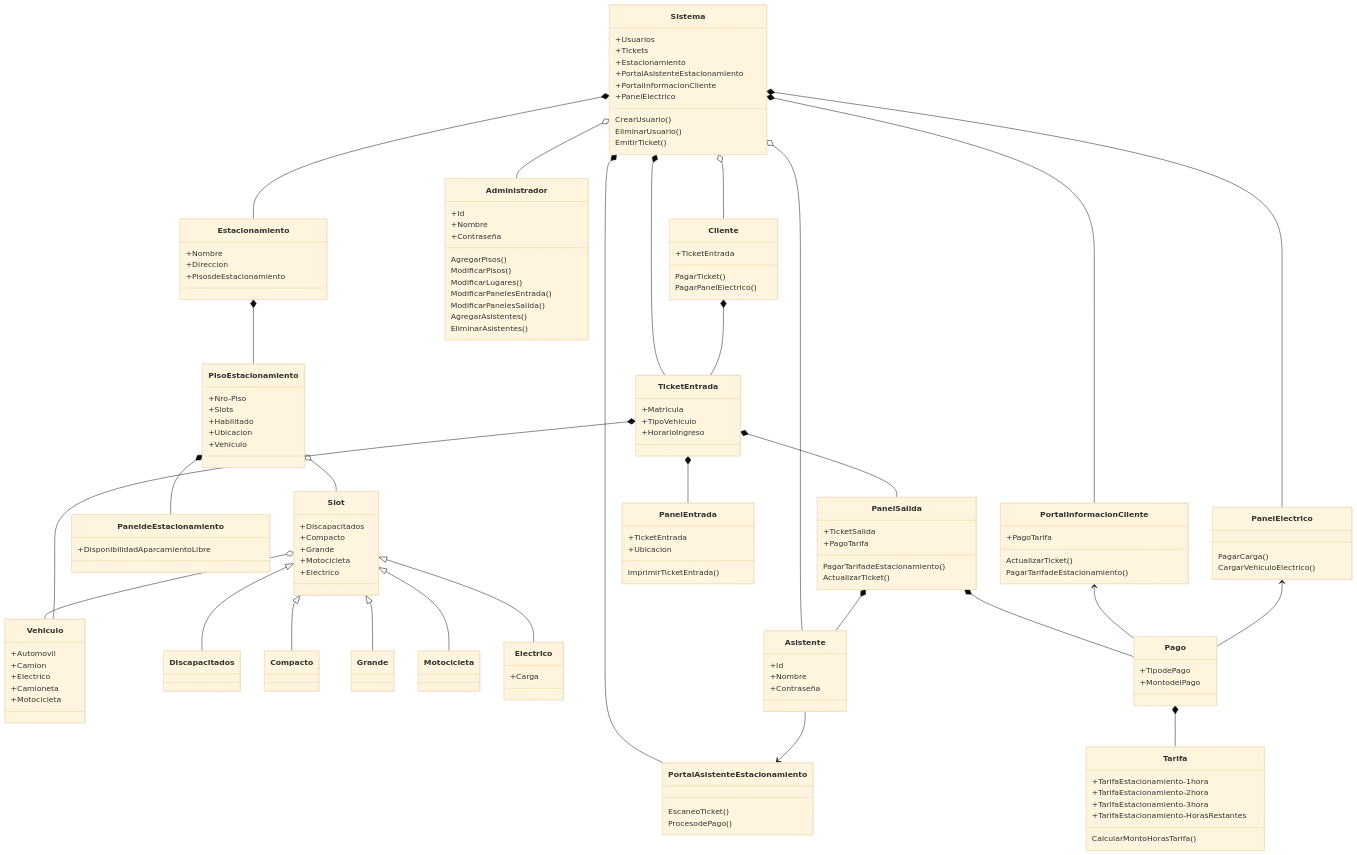
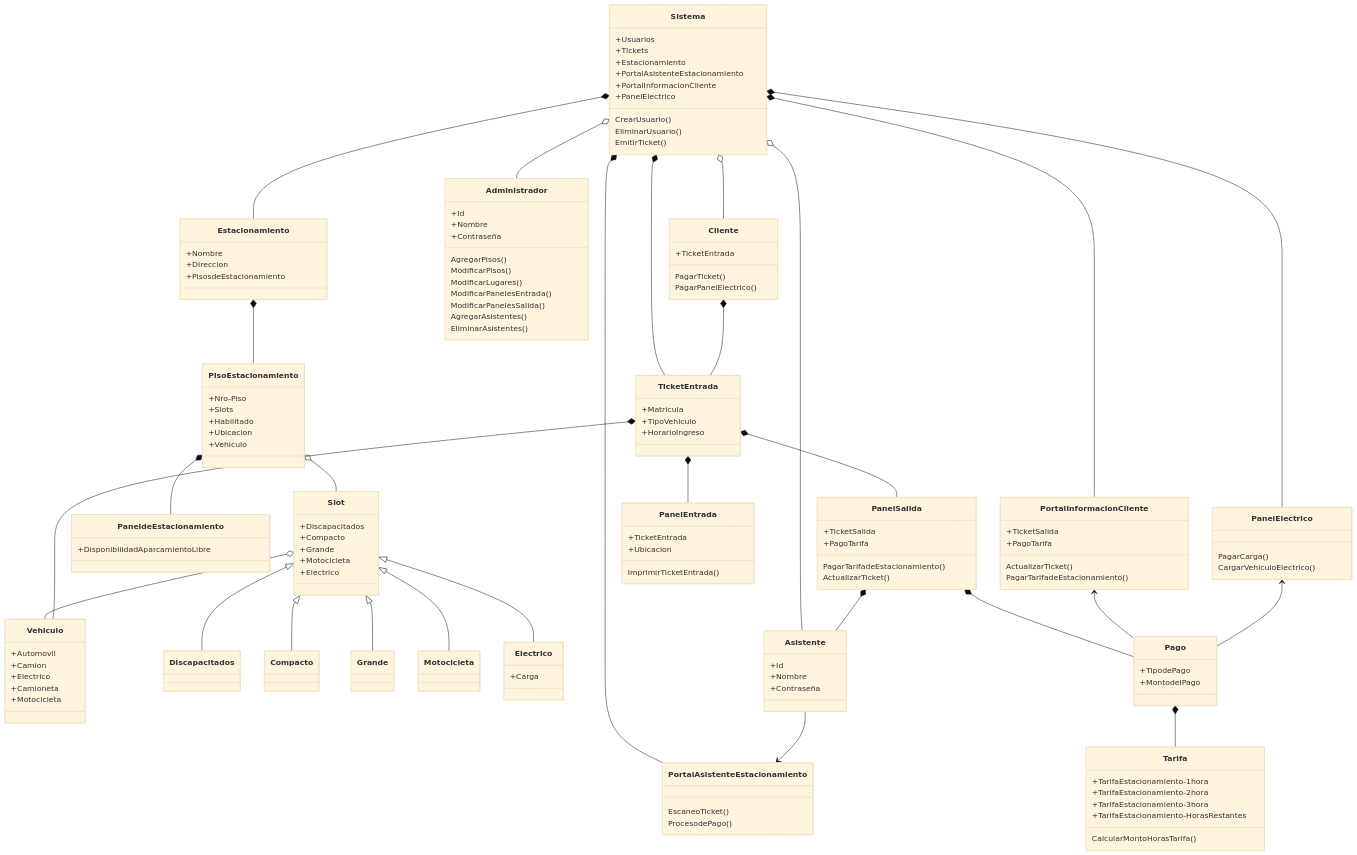
The diagram in doc/diagrama.mmd (09MauroID/Estacionamiento), drawn with Mermaid (base theme) before and after one commit.

```diff
--- a/doc/diagrama.mmd
+++ b/doc/diagrama.mmd
@@ -1,151 +1,152 @@
 classDiagram
     Estacionamiento *-- PisoEstacionamiento
     PisoEstacionamiento o-- Slot
     Slot o-- Vehiculo
     PisoEstacionamiento *-- PaneldeEstacionamiento
     
     Sistema *-- Estacionamiento
     Sistema *-- TicketEntrada
     Sistema *-- PortalAsistenteEstacionamiento
     Sistema *-- PortalInformacionCliente
     Sistema *-- PanelElectrico
 
     Slot <|-- Discapacitados
     Slot <|-- Compacto
     Slot <|-- Grande
     Slot <|-- Motocicleta
     Slot <|-- Electrico
     
     Sistema o-- Administrador
     Sistema o-- Cliente
     Sistema o-- Asistente
     
     Asistente --> PortalAsistenteEstacionamiento
 
     Cliente *-- TicketEntrada
 
     TicketEntrada *-- PanelEntrada
     TicketEntrada *-- PanelSalida
     TicketEntrada *-- Vehiculo
 
     PanelSalida *-- Asistente
     PanelSalida *-- Pago    
 
     PortalInformacionCliente <-- Pago
 
     PanelElectrico <-- Pago
 
     Pago *-- Tarifa
 
     class Sistema
     Sistema: +Usuarios
     Sistema: +Tickets
     Sistema: +Estacionamiento
     Sistema: +PortalAsistenteEstacionamiento
     Sistema: +PortalInformacionCliente
     Sistema: +PanelElectrico
     Sistema: CrearUsuario()
     Sistema: EliminarUsuario()
     Sistema: EmitirTicket()
 
     class Estacionamiento
     Estacionamiento: +Nombre
     Estacionamiento: +Direccion
     Estacionamiento: +PisosdeEstacionamiento
 
     class PisoEstacionamiento
     PisoEstacionamiento: +Nro-Piso
     PisoEstacionamiento: +Slots
     PisoEstacionamiento: +Habilitado
     PisoEstacionamiento: +Ubicacion
     PisoEstacionamiento: +Vehiculo
 
     class Slot
     Slot: +Discapacitados
     Slot: +Compacto
     Slot: +Grande
     Slot: +Motocicleta
     Slot: +Electrico
     
     class Discapacitados
 
     class Compacto
     
     class Grande
     
     class Motocicleta
     
     class Electrico
     Electrico: +Carga
 
     class Vehiculo
     Vehiculo: +Automovil
     Vehiculo: +Camion
     Vehiculo: +Electrico
     Vehiculo: +Camioneta
     Vehiculo: +Motocicleta
 
     class Administrador
     Administrador: +Id
     Administrador: +Nombre
     Administrador: +Contraseña
     Administrador: AgregarPisos()
     Administrador: ModificarPisos()
     Administrador: ModificarLugares()
     Administrador: ModificarPanelesEntrada()
     Administrador: ModificarPanelesSalida()
     Administrador: AgregarAsistentes()
     Administrador: EliminarAsistentes()
 
     class Asistente
     Asistente: +Id
     Asistente: +Nombre
     Asistente: +Contraseña
     
     class Cliente
     Cliente: +TicketEntrada
     Cliente: PagarTicket()
     Cliente: PagarPanelElectrico()
 
     class TicketEntrada
     TicketEntrada: +Matricula
     TicketEntrada: +TipoVehiculo
     TicketEntrada: +HorarioIngreso
 
     class PanelEntrada
     PanelEntrada: +TicketEntrada
     PanelEntrada: +Ubicacion
     PanelEntrada: ImprimirTicketEntrada()
 
     class PanelSalida
     PanelSalida: +TicketSalida
     PanelSalida: +PagoTarifa
     PanelSalida: PagarTarifadeEstacionamiento()
     PanelSalida: ActualizarTicket()
 
     class Pago
     Pago: +TipodePago
     Pago: +MontodelPago
 
     class Tarifa
     Tarifa: +TarifaEstacionamiento-1hora
     Tarifa: +TarifaEstacionamiento-2hora
     Tarifa: +TarifaEstacionamiento-3hora
     Tarifa: +TarifaEstacionamiento-HorasRestantes
     Tarifa: CalcularMontoHorasTarifa()
 
     class PaneldeEstacionamiento
     PaneldeEstacionamiento: +DisponibilidadAparcamientoLibre
 
     class PortalAsistenteEstacionamiento
     PortalAsistenteEstacionamiento: EscaneoTicket()
     PortalAsistenteEstacionamiento: ProcesodePago()
 
     class PortalInformacionCliente
+    PortalInformacionCliente: +TicketSalida
     PortalInformacionCliente: +PagoTarifa
     PortalInformacionCliente: ActualizarTicket()
     PortalInformacionCliente: PagarTarifadeEstacionamiento()
 
     class PanelElectrico
     PanelElectrico: PagarCarga()
     PanelElectrico: CargarVehiculoElectrico()
```
